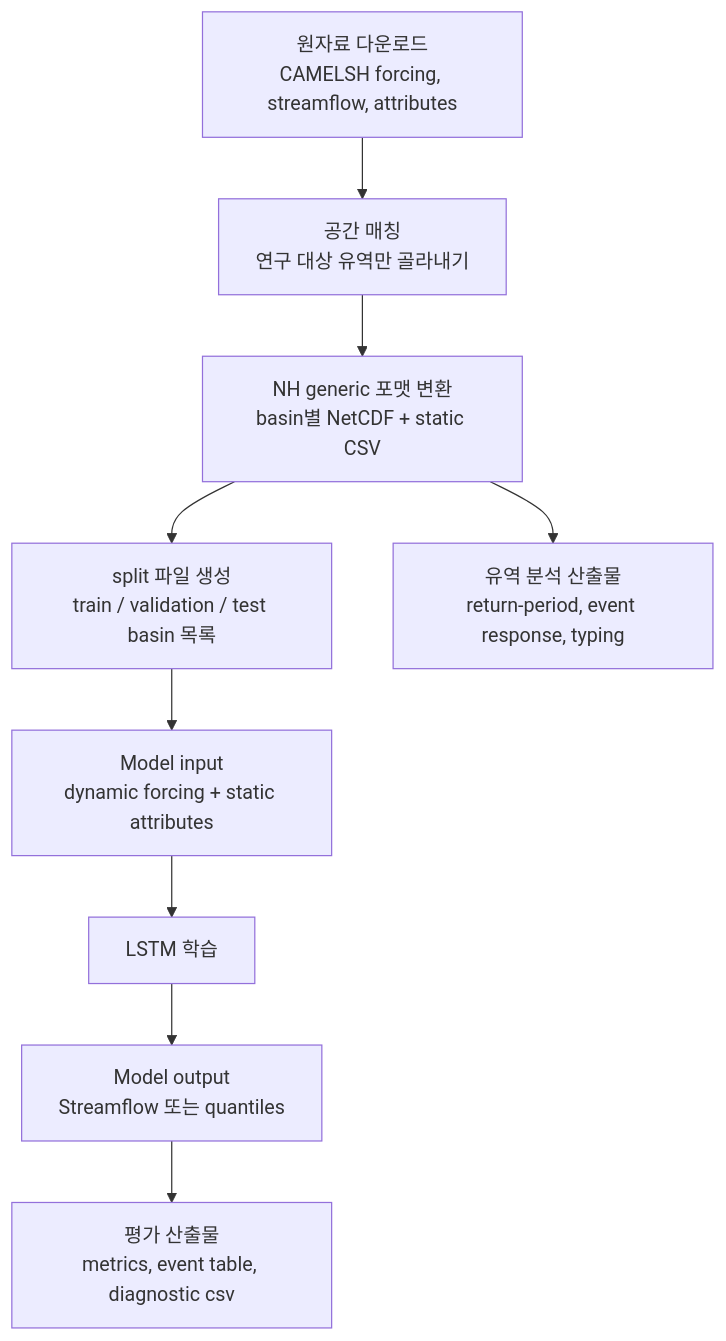
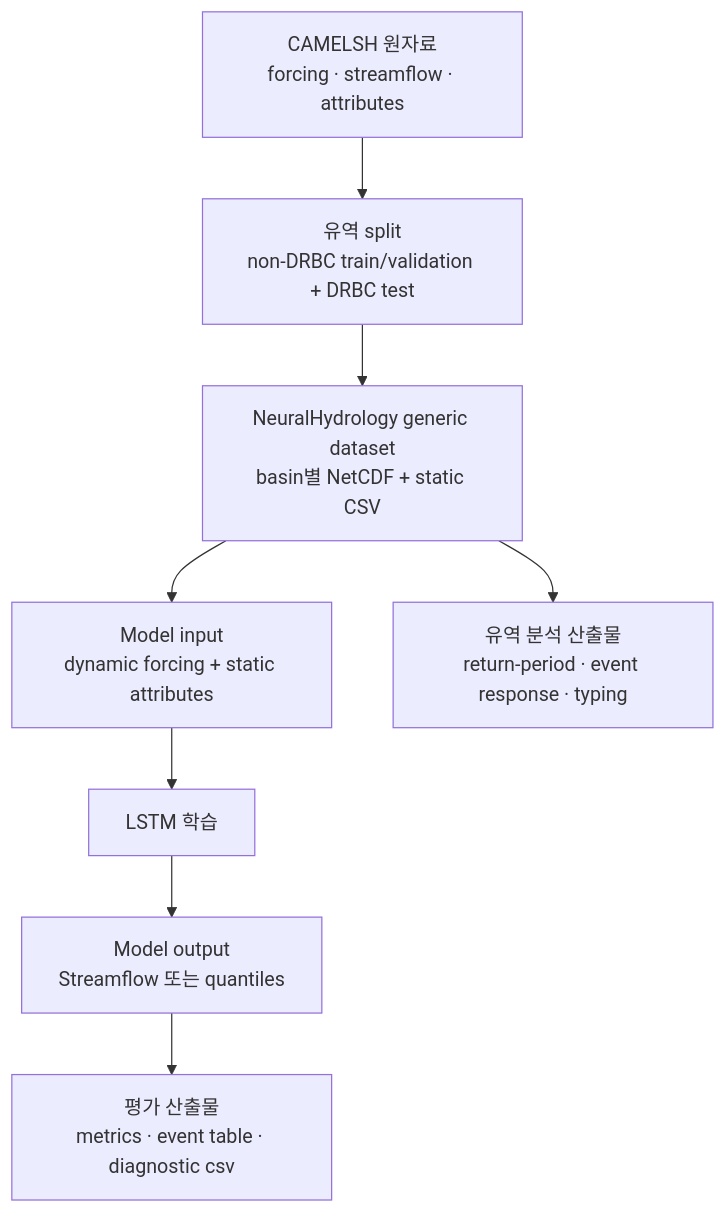
Before and after one commit to mossyantler/flood-underestimation-lstm: the diagram in docs/explain/03_data_io.md, drawn with Mermaid. The commit also changed other lines of this file and 15 other files, not shown here.

````diff
--- a/docs/explain/03_data_io.md
+++ b/docs/explain/03_data_io.md
@@ -7,11 +7,10 @@
 ```mermaid
 flowchart TD
-    A["원자료 다운로드<br/>CAMELSH forcing, streamflow, attributes"] --> B["공간 매칭<br/>연구 대상 유역만 골라내기"]
-    B --> C["NH generic 포맷 변환<br/>basin별 NetCDF + static CSV"]
-    C --> D["split 파일 생성<br/>train / validation / test basin 목록"]
-    D --> E["Model input<br/>dynamic forcing + static attributes"]
-    E --> F["LSTM 학습"]
-    F --> G["Model output<br/>Streamflow 또는 quantiles"]
-    G --> H["평가 산출물<br/>metrics, event table, diagnostic csv"]
-    C --> I["유역 분석 산출물<br/>return-period, event response, typing"]
+    A["CAMELSH 원자료<br/>forcing · streamflow · attributes"] --> B["유역 split<br/>non-DRBC train/validation + DRBC test"]
+    B --> C["NeuralHydrology generic dataset<br/>basin별 NetCDF + static CSV"]
+    C --> D["Model input<br/>dynamic forcing + static attributes"]
+    D --> E["LSTM 학습"]
+    E --> F["Model output<br/>Streamflow 또는 quantiles"]
+    F --> G["평가 산출물<br/>metrics · event table · diagnostic csv"]
+    C --> H["유역 분석 산출물<br/>return-period · event response · typing"]
 ```
````
